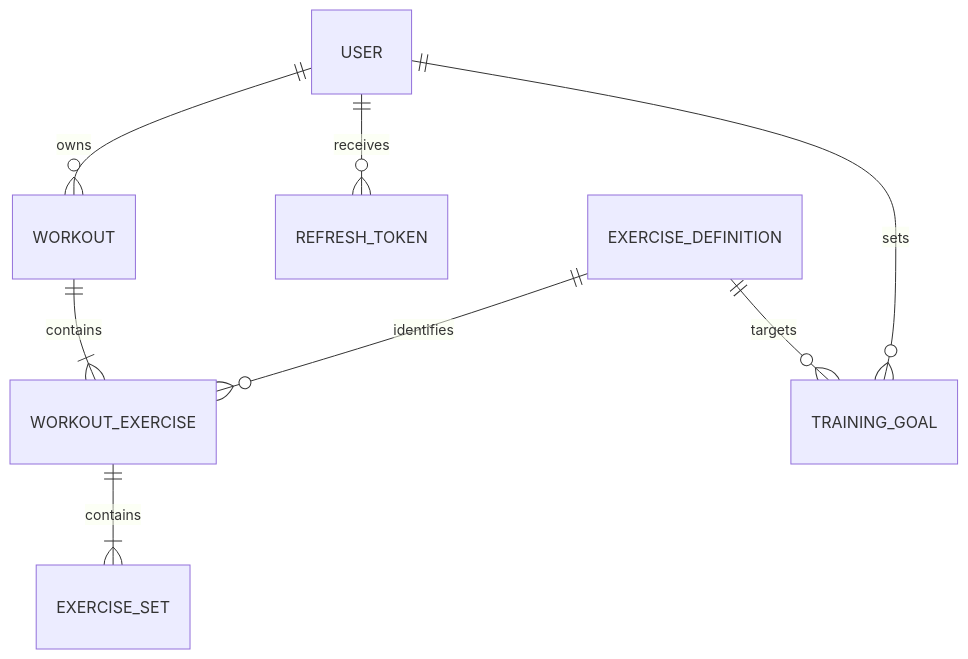
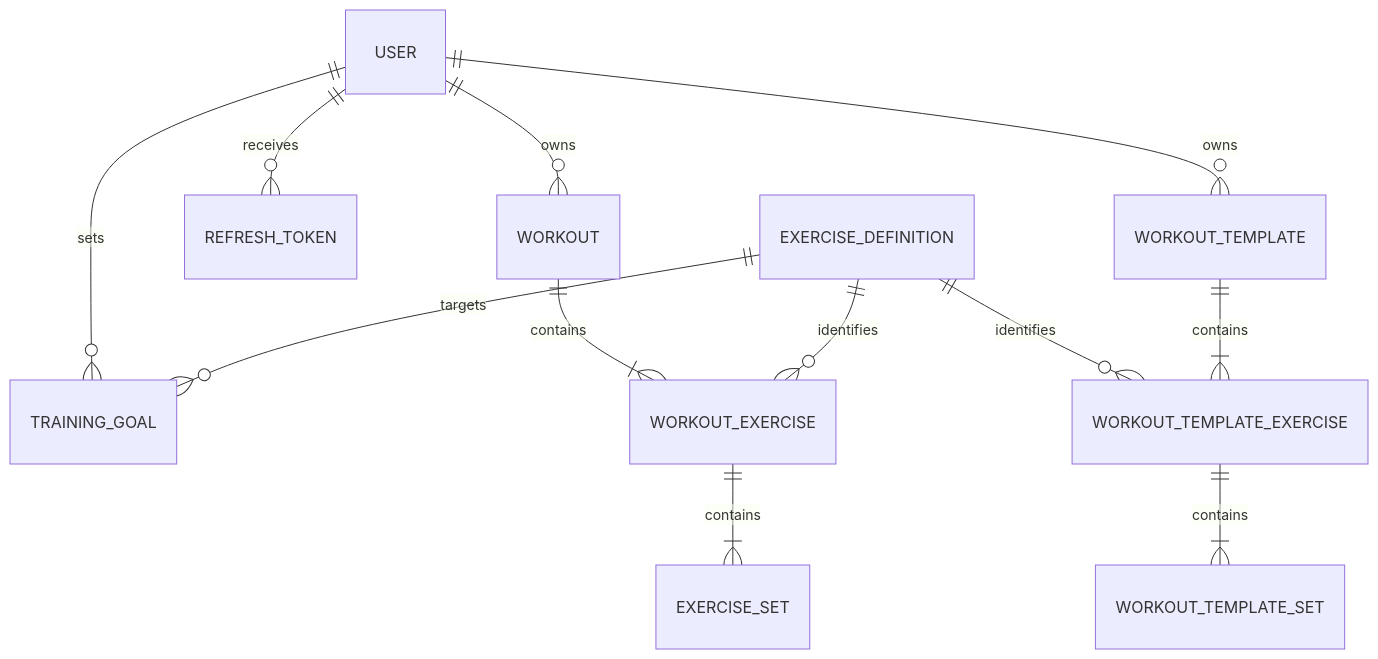
Before and after one commit to cosmiinn75/fitness-tracker-api: the diagram in README.md, drawn with Mermaid. The commit also changed other lines of this file, not shown here.

````diff
--- a/README.md
+++ b/README.md
@@ -177,10 +201,14 @@
 ```mermaid
 erDiagram
     USER ||--o{ WORKOUT : owns
     USER ||--o{ REFRESH_TOKEN : receives
     USER ||--o{ TRAINING_GOAL : sets
+    USER ||--o{ WORKOUT_TEMPLATE : owns
     WORKOUT ||--|{ WORKOUT_EXERCISE : contains
     EXERCISE_DEFINITION ||--o{ WORKOUT_EXERCISE : identifies
     EXERCISE_DEFINITION ||--o{ TRAINING_GOAL : targets
+    EXERCISE_DEFINITION ||--o{ WORKOUT_TEMPLATE_EXERCISE : identifies
     WORKOUT_EXERCISE ||--|{ EXERCISE_SET : contains
+    WORKOUT_TEMPLATE ||--|{ WORKOUT_TEMPLATE_EXERCISE : contains
+    WORKOUT_TEMPLATE_EXERCISE ||--|{ WORKOUT_TEMPLATE_SET : contains
 ```
````
